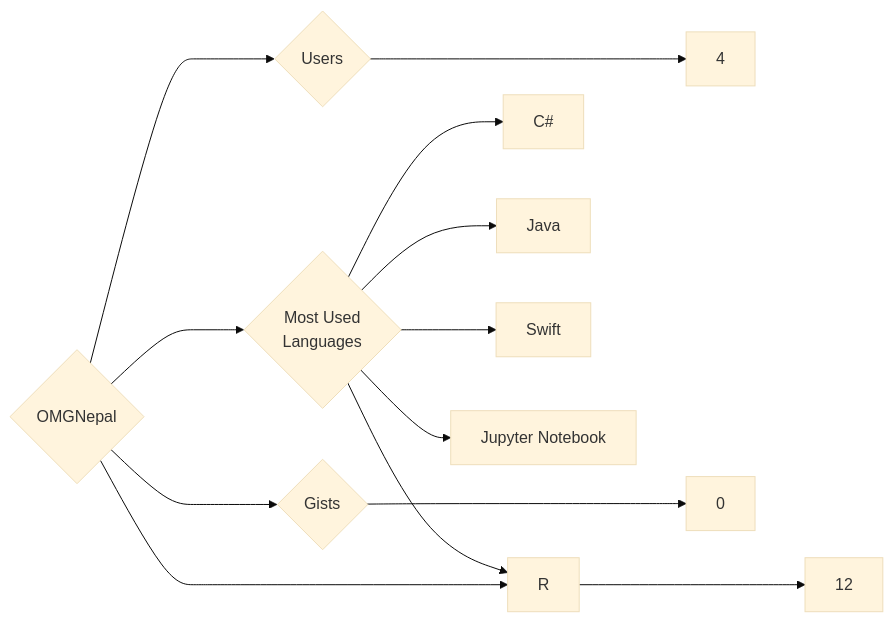
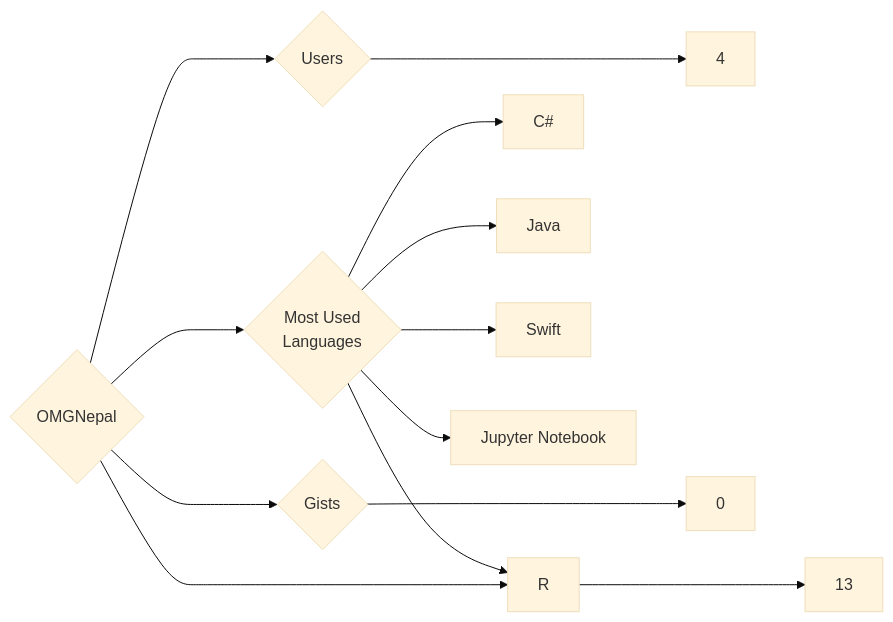
One commit to trickest/insiders changed the diagram in targets/OMGNepal/README.md. Above: the diagram before and after it, drawn with Mermaid (base theme). The commit also changed 1389 other files, not shown here.

````diff
--- a/targets/OMGNepal/README.md
+++ b/targets/OMGNepal/README.md
@@ -3,13 +3,13 @@
 ```mermaid
 graph LR
 COMPANY_NAME{OMGNepal}
 COMPANY_NAME ---> U{Users} ---> UN[4]
-COMPANY_NAME ---> R{Repositories} ---> RN[12]
+COMPANY_NAME ---> R{Repositories} ---> RN[13]
 COMPANY_NAME ---> G{Gists} ---> GN[0]
 COMPANY_NAME ---> ML{Most Used<br>Languages}
 ML --> C#[C#]
 ML --> Java[Java]
 ML --> Swift[Swift]
 ML --> R[R]
 ML --> Jupyter_Notebook[Jupyter Notebook]
 ```
````
